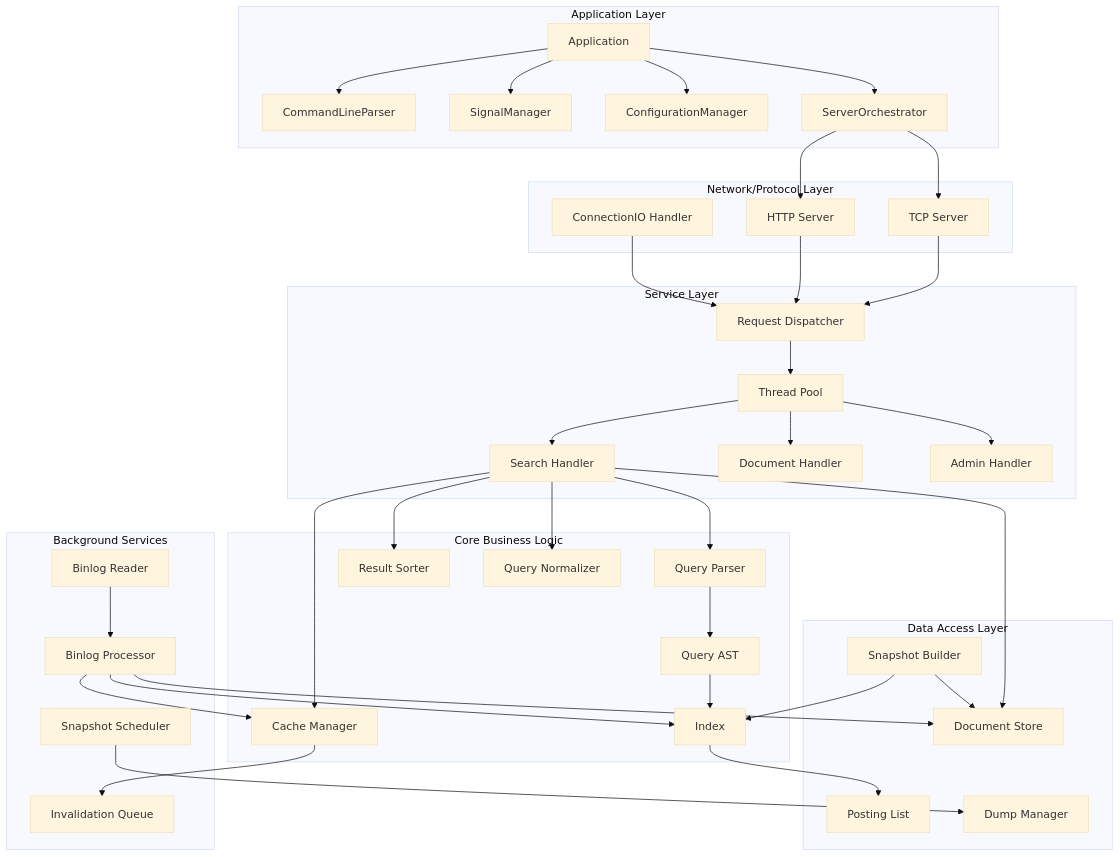
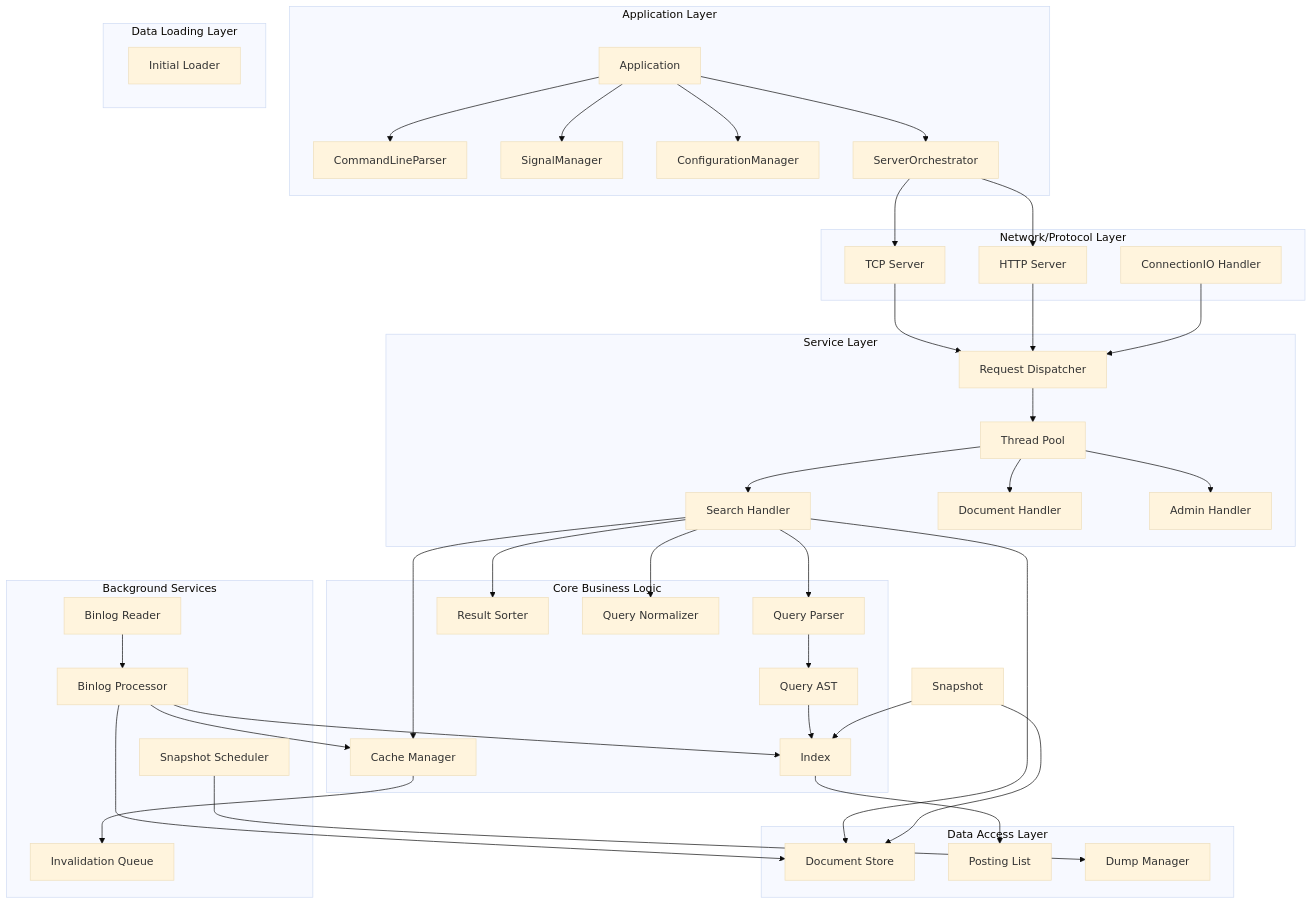
The first of 8 diagrams in docs/en/architecture.md (libraz/mygram-db), drawn with Mermaid (base theme) before and after one commit. The commit also changed other lines of this file and 63 other files, not shown here.

````diff
--- a/docs/en/architecture.md
+++ b/docs/en/architecture.md
@@ -50,78 +50,81 @@
 ```mermaid
 graph TB
     subgraph "Application Layer"
         App[Application]
         CLI[CommandLineParser]
         Sig[SignalManager]
         Cfg[ConfigurationManager]
         Orch[ServerOrchestrator]
     end
 
     subgraph "Network/Protocol Layer"
         TCP[TCP Server]
         HTTP[HTTP Server]
         ConnIO[ConnectionIO Handler]
     end
 
     subgraph "Service Layer"
         Dispatcher[Request Dispatcher]
         ThreadPool[Thread Pool]
         SearchH[Search Handler]
         DocH[Document Handler]
         AdminH[Admin Handler]
     end
 
     App --> CLI
     App --> Sig
     App --> Cfg
     App --> Orch
     Orch --> TCP
     Orch --> HTTP
 
     subgraph "Core Business Logic"
         Index[Index]
         Parser[Query Parser]
         AST[Query AST]
         Cache[Cache Manager]
         Sorter[Result Sorter]
         Normalizer[Query Normalizer]
     end
 
     subgraph "Data Access Layer"
         DocStore[Document Store]
         Posting[Posting List]
-        Snapshot[Snapshot Builder]
         Dump[Dump Manager]
+    end
+
+    subgraph "Data Loading Layer"
+        Loader[Initial Loader]
     end
 
     subgraph "Background Services"
         Binlog[Binlog Reader]
         Processor[Binlog Processor]
         Scheduler[Snapshot Scheduler]
         InvQueue[Invalidation Queue]
     end
 
     TCP --> Dispatcher
     HTTP --> Dispatcher
     ConnIO --> Dispatcher
     Dispatcher --> ThreadPool
     ThreadPool --> SearchH
     ThreadPool --> DocH
     ThreadPool --> AdminH
     SearchH --> Parser
     SearchH --> Cache
     Parser --> AST
     AST --> Index
     SearchH --> Sorter
     SearchH --> Normalizer
     Index --> Posting
     SearchH --> DocStore
     Binlog --> Processor
     Processor --> Index
     Processor --> DocStore
     Processor --> Cache
     Snapshot --> Index
     Snapshot --> DocStore
     Scheduler --> Dump
     Cache --> InvQueue
 ```
````
